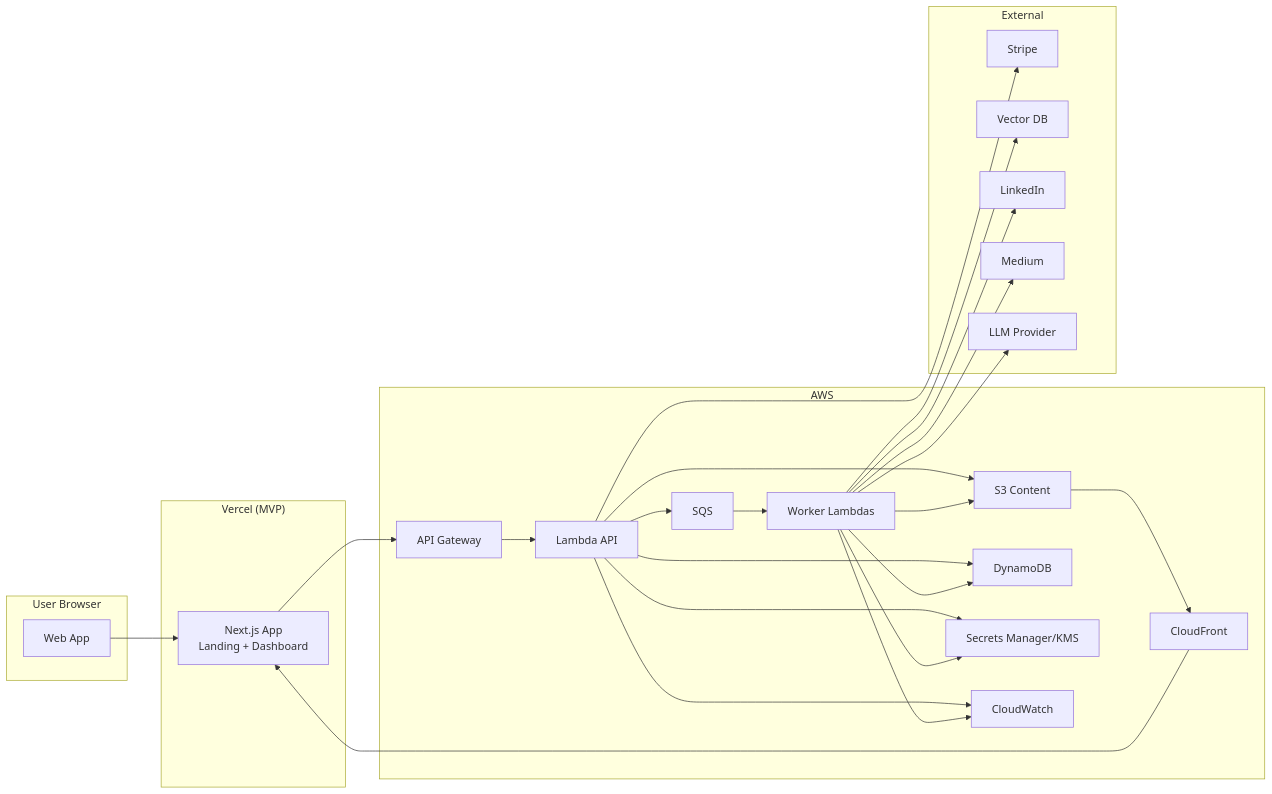
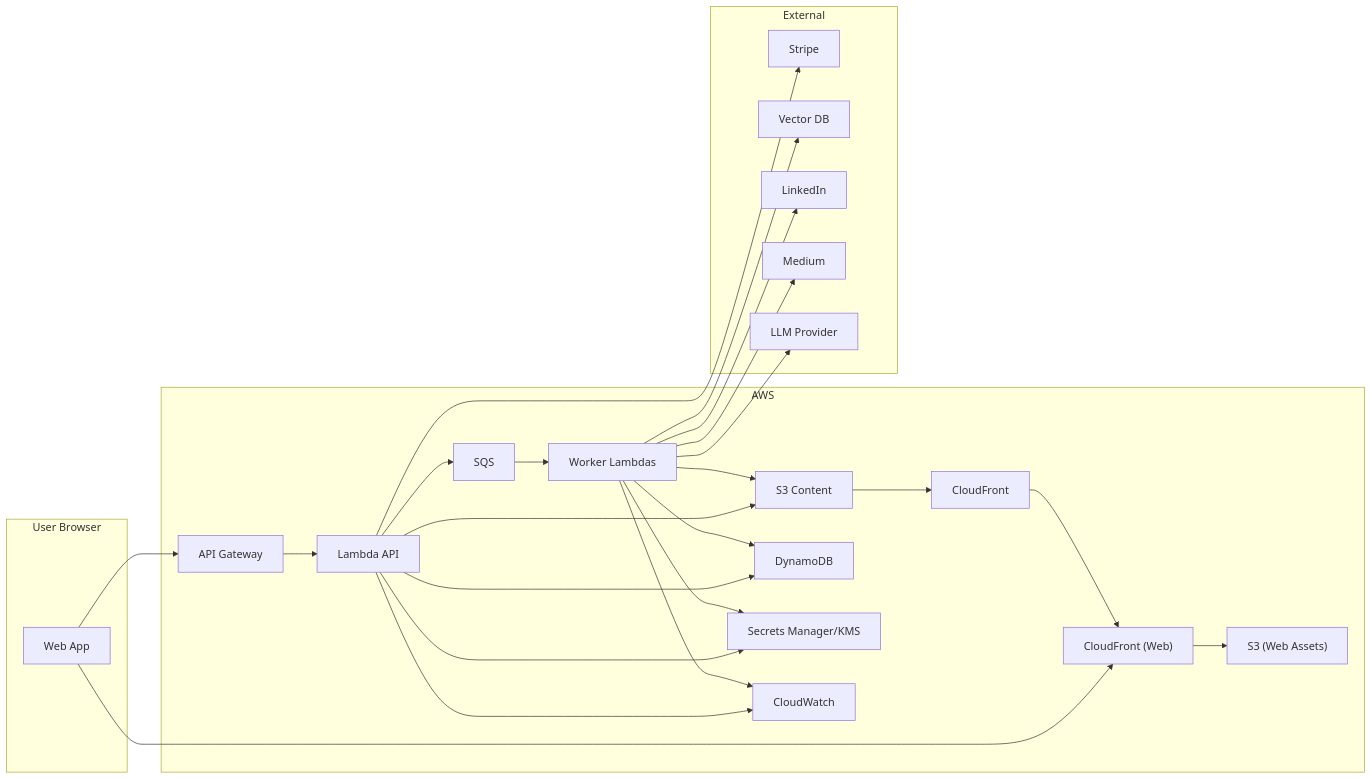
The seventh of 7 diagrams in docs/technical/noteship-system-architecture.md (AhmedYassinH/noteship), drawn with Mermaid before and after one commit. The commit also changed other lines of this file and 6 other files, not shown here.

````diff
--- a/docs/technical/noteship-system-architecture.md
+++ b/docs/technical/noteship-system-architecture.md
@@ -351,49 +351,48 @@
 ```mermaid
 flowchart LR
   subgraph User["User Browser"]
     B["Web App"]
   end
 
-  subgraph Vercel["Vercel (MVP)"]
-    NX["Next.js App<br/>Landing + Dashboard"]
-  end
-
   subgraph AWS["AWS"]
+    CFWEB["CloudFront (Web)"]
+    S3WEB["S3 (Web Assets)"]
     APIGW["API Gateway"]
     LAPI["Lambda API"]
     S3["S3 Content"]
     CF["CloudFront"]
     DDB["DynamoDB"]
     SQS["SQS"]
     W["Worker Lambdas"]
     SM["Secrets Manager/KMS"]
     CW["CloudWatch"]
   end
 
   subgraph External["External"]
     STRIPE["Stripe"]
     VDB["Vector DB"]
     LI["LinkedIn"]
     MED["Medium"]
     LLM["LLM Provider"]
   end
 
-  B --> NX
-  NX --> APIGW --> LAPI
+  B --> CFWEB
+  CFWEB --> S3WEB
+  B --> APIGW --> LAPI
   LAPI --> DDB
   LAPI --> S3
   LAPI --> SQS
   SQS --> W
   W --> DDB
   W --> S3
   W --> VDB
   W --> LI
   W --> MED
   LAPI --> STRIPE
   W --> LLM
   LAPI --> SM
   W --> SM
   LAPI --> CW
   W --> CW
-  S3 --> CF --> NX
+  S3 --> CF --> CFWEB
 ```
````
